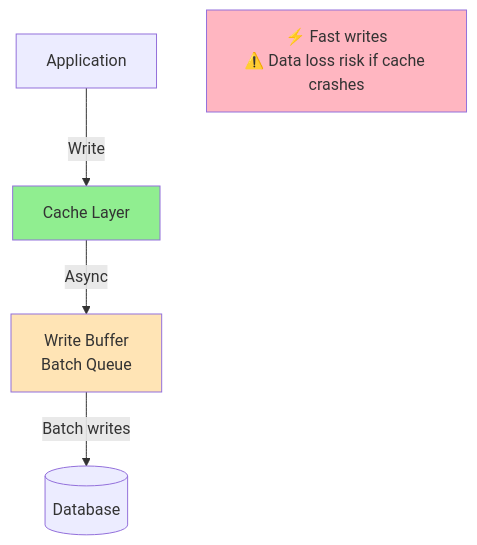
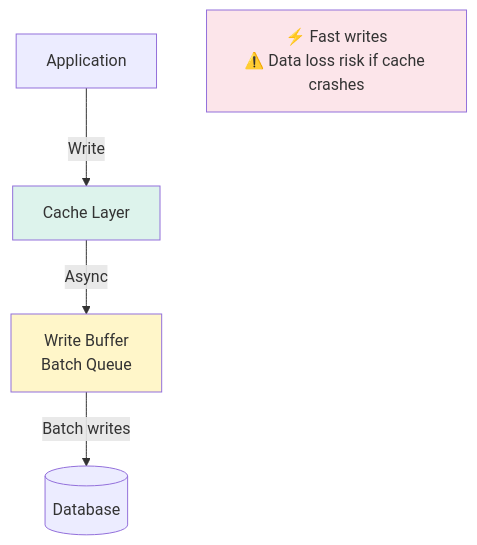
One commit to cartmancodes/InterviewVault changed diagram 19 of 47 in LLD/CoreConcepts/Caching.md. Above: the diagram before and after it, drawn with Mermaid. The commit also changed other lines of this file and 679 other files, not shown here.

Commit message:
Unify content diagrams and add accessible visual walkthroughs

````diff
--- a/LLD/CoreConcepts/Caching.md
+++ b/LLD/CoreConcepts/Caching.md
@@ -571,17 +571,17 @@
 ```mermaid
 graph TB
     APP[Application]
     CACHE[Cache Layer]
     BUFFER[Write Buffer<br/>Batch Queue]
     DB[(Database)]
     
     APP -->|Write| CACHE
     CACHE -->|Async| BUFFER
     BUFFER -->|Batch writes| DB
     
     NOTE[⚡ Fast writes<br/>⚠️ Data loss risk if cache crashes]
     
-    style CACHE fill:#90EE90
-    style BUFFER fill:#FFE4B5
-    style NOTE fill:#FFB6C1
+    style CACHE fill:#DDF3EC
+    style BUFFER fill:#FFF6C9
+    style NOTE fill:#FCE5EA
 ```
````
